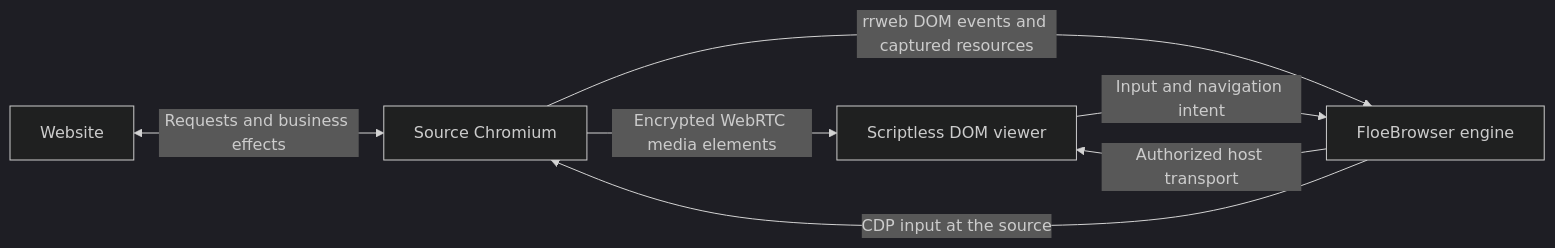
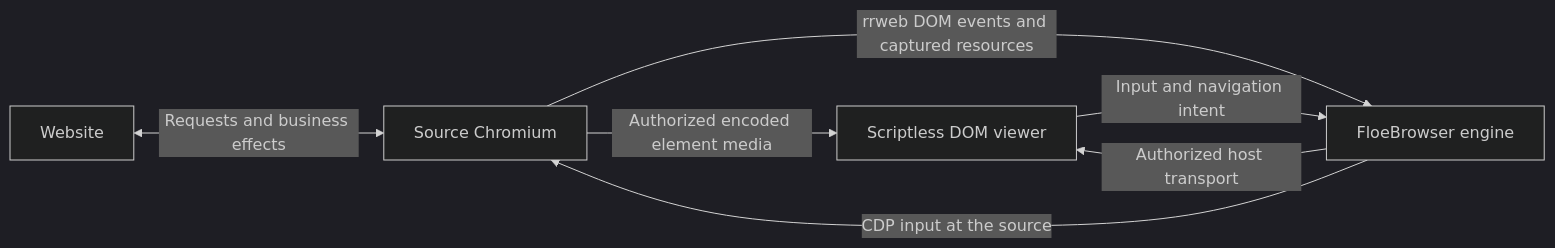
The diagram in README.md (floegence/floebrowser), drawn with Mermaid (dark theme) before and after one commit. The commit also changed other lines of this file and 59 other files, not shown here.

Commit message:
feat(media): carry source-local encoded media over host streams

````diff
--- a/README.md
+++ b/README.md
@@ -61,9 +61,9 @@
 ```mermaid
 flowchart LR
     Website <-->|Requests and business effects| Source[Source Chromium]
-    Source -->|Encrypted WebRTC media elements| Viewer
+    Source -->|Authorized encoded element media| Viewer
     Source -->|rrweb DOM events and captured resources| Engine[FloeBrowser engine]
     Engine -->|Authorized host transport| Viewer[Scriptless DOM viewer]
     Viewer -->|Input and navigation intent| Engine
     Engine -->|CDP input at the source| Source
 ```
````
